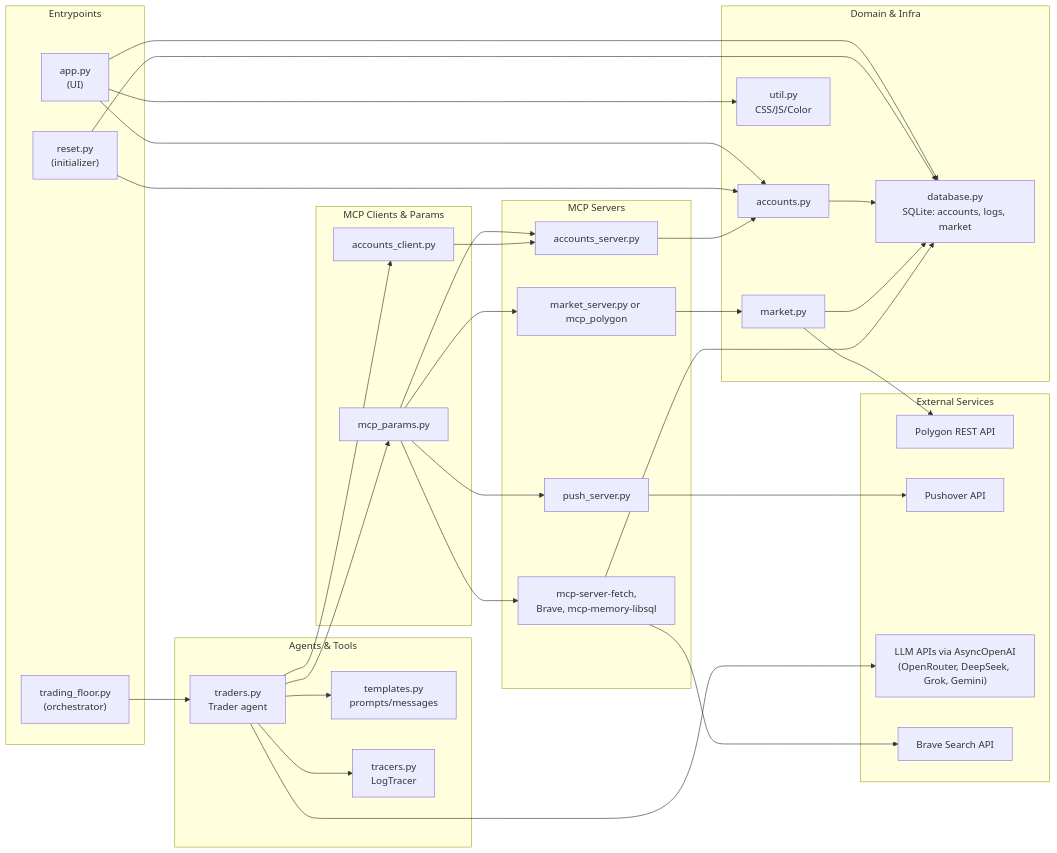
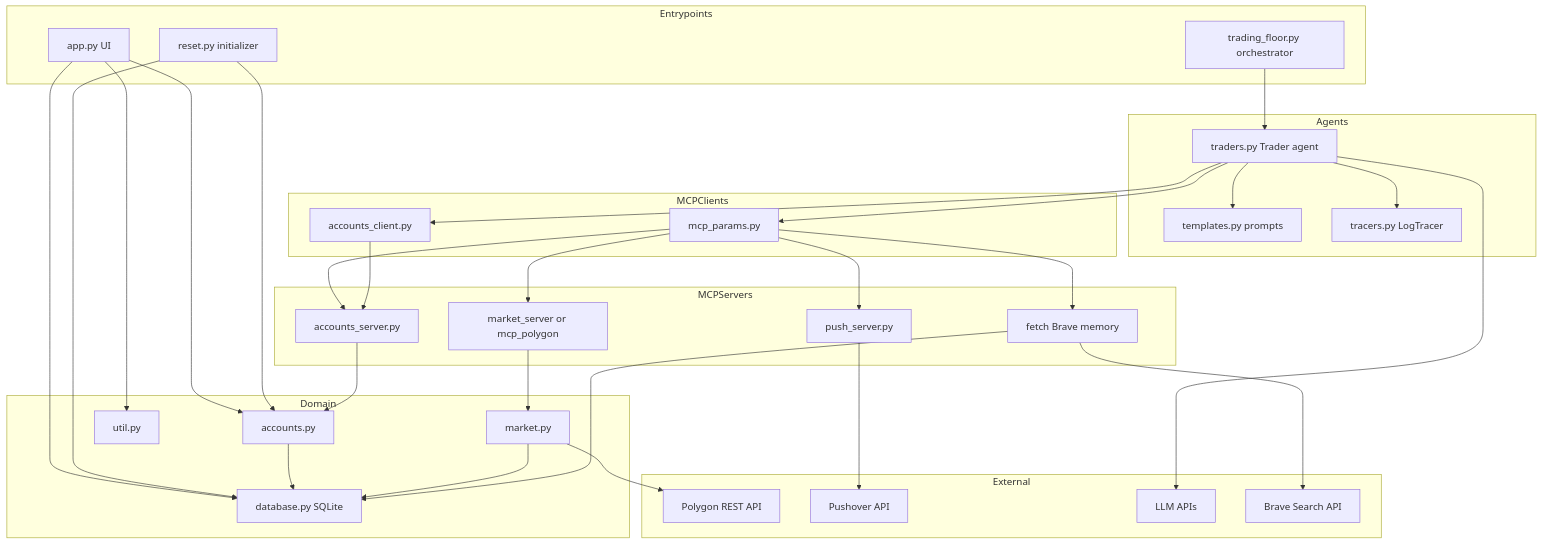
One commit to aditya-caltechie/ai-mcp-autonomous-traders changed the diagram in docs/concepts.md. Above: the diagram before and after it, drawn with Mermaid.

Commit message:
Update basic doc

````diff
--- a/docs/concepts.md
+++ b/docs/concepts.md
@@ -428,78 +428,65 @@
 ```mermaid
-flowchart LR
-    subgraph Entrypoints["Entrypoints"]
-        App["app.py\n(UI)"]
-        TF["trading_floor.py\n(orchestrator)"]
-        Reset["reset.py\n(initializer)"]
+flowchart TB
+    subgraph Entrypoints
+        App[app.py UI]
+        TF[trading_floor.py orchestrator]
+        Reset[reset.py initializer]
     end
 
-    subgraph Agents["Agents & Tools"]
-        TradersMod["traders.py\nTrader agent"]
-        Templates["templates.py\nprompts/messages"]
-        Tracers["tracers.py\nLogTracer"]
+    subgraph Agents
+        TradersMod[traders.py Trader agent]
+        Templates[templates.py prompts]
+        Tracers[tracers.py LogTracer]
     end
 
-    subgraph MCPClients["MCP Clients & Params"]
-        MCPParams["mcp_params.py"]
-        AccClient["accounts_client.py"]
+    subgraph MCPClients
+        MCPParams[mcp_params.py]
+        AccClient[accounts_client.py]
     end
 
-    subgraph MCPServers["MCP Servers"]
-        AccSrv["accounts_server.py"]
-        MktSrv["market_server.py or mcp_polygon"]
-        PushSrv["push_server.py"]
-        ExtMCP["mcp-server-fetch,\nBrave, mcp-memory-libsql"]
+    subgraph MCPServers
+        AccSrv[accounts_server.py]
+        MktSrv[market_server or mcp_polygon]
+        PushSrv[push_server.py]
+        ExtMCP[fetch Brave memory]
     end
 
-    subgraph Domain["Domain & Infra"]
-        Accounts["accounts.py"]
-        Market["market.py"]
-        DB["database.py\nSQLite: accounts, logs, market"]
-        Util["util.py\nCSS/JS/Color"]
+    subgraph Domain
+        Accounts[accounts.py]
+        Market[market.py]
+        DB[database.py SQLite]
+        Util[util.py]
     end
 
-    subgraph External["External Services"]
-        Polygon["Polygon REST API"]
-        Pushover["Pushover API"]
-        LLMs["LLM APIs via AsyncOpenAI\n(OpenRouter, DeepSeek, Grok, Gemini)"]
-        BraveAPI["Brave Search API"]
+    subgraph External
+        Polygon[Polygon REST API]
+        Pushover[Pushover API]
+        LLMs[LLM APIs]
+        BraveAPI[Brave Search API]
     end
 
-    %% Entrypoints
     App --> Util
     App --> Accounts
     App --> DB
-
     TF --> TradersMod
     Reset --> Accounts
     Reset --> DB
-
-    %% Agents
     TradersMod --> Templates
     TradersMod --> Tracers
     TradersMod --> MCPParams
     TradersMod --> AccClient
     TradersMod --> LLMs
-
-    %% MCP wiring
     MCPParams --> AccSrv
     MCPParams --> MktSrv
     MCPParams --> PushSrv
     MCPParams --> ExtMCP
-
     AccClient --> AccSrv
-
-    %% Servers to domain & externals
     AccSrv --> Accounts
     Accounts --> DB
-
     MktSrv --> Market
     Market --> DB
     Market --> Polygon
-
     PushSrv --> Pushover
-
-    %% External MCP to Brave & memory
     ExtMCP --> BraveAPI
     ExtMCP --> DB
 ```
````
